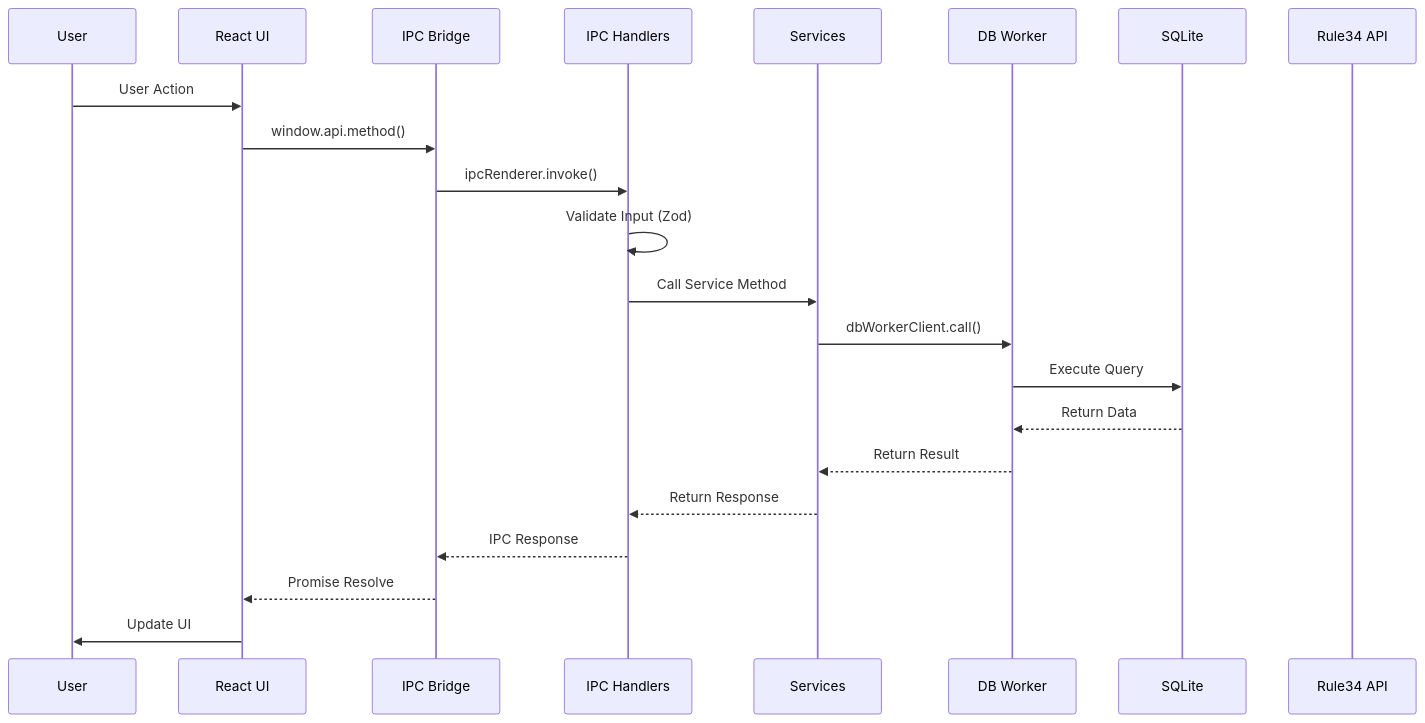
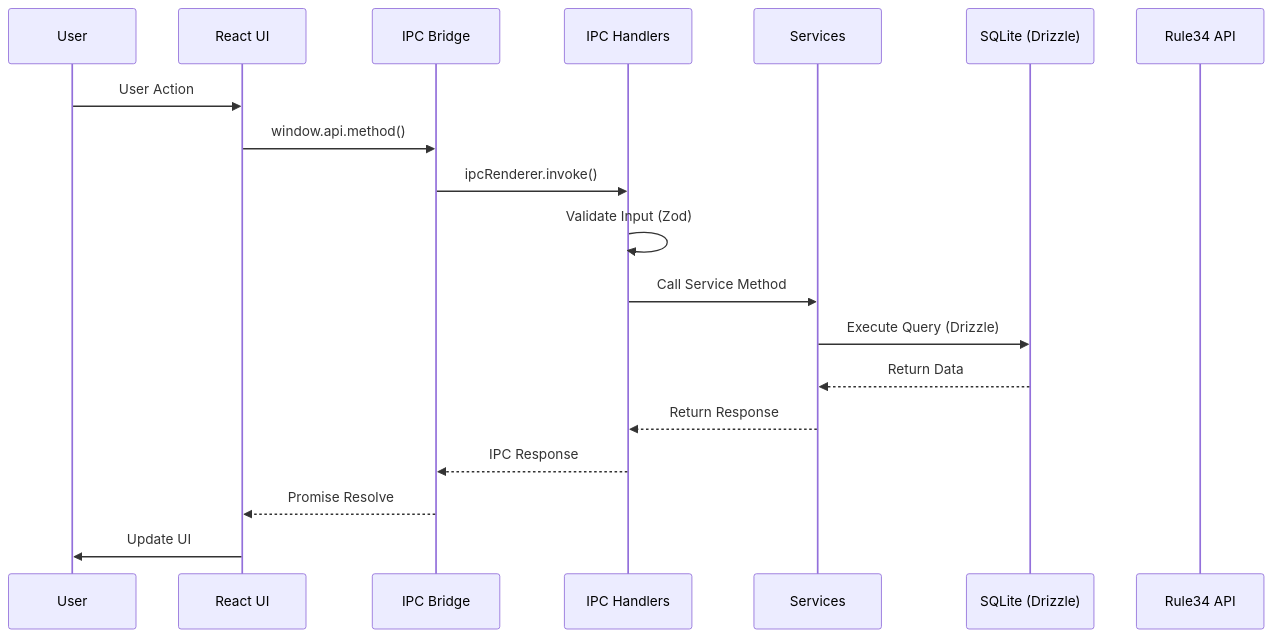
Before and after one commit to KazeKaze93/RuleDesk: the third of 11 diagrams in docs/architecture.md, drawn with Mermaid. The commit also changed other lines of this file and 5 other files, not shown here.

First line of the commit message:
chore: update documentation and architecture for database access changes

````diff
--- a/docs/architecture.md
+++ b/docs/architecture.md
@@ -119,25 +117,22 @@
 ```mermaid
 sequenceDiagram
     participant User
     participant ReactUI as React UI
     participant Bridge as IPC Bridge
     participant IPC as IPC Handlers
     participant Service as Services
-    participant Worker as DB Worker
-    participant DB as SQLite
+    participant DB as SQLite (Drizzle)
     participant API as Rule34 API
 
     User->>ReactUI: User Action
     ReactUI->>Bridge: window.api.method()
     Bridge->>IPC: ipcRenderer.invoke()
     IPC->>IPC: Validate Input (Zod)
     IPC->>Service: Call Service Method
-    Service->>Worker: dbWorkerClient.call()
-    Worker->>DB: Execute Query
-    DB-->>Worker: Return Data
-    Worker-->>Service: Return Result
+    Service->>DB: Execute Query (Drizzle)
+    DB-->>Service: Return Data
     Service-->>IPC: Return Response
     IPC-->>Bridge: IPC Response
     Bridge-->>ReactUI: Promise Resolve
     ReactUI->>User: Update UI
 ```
````
